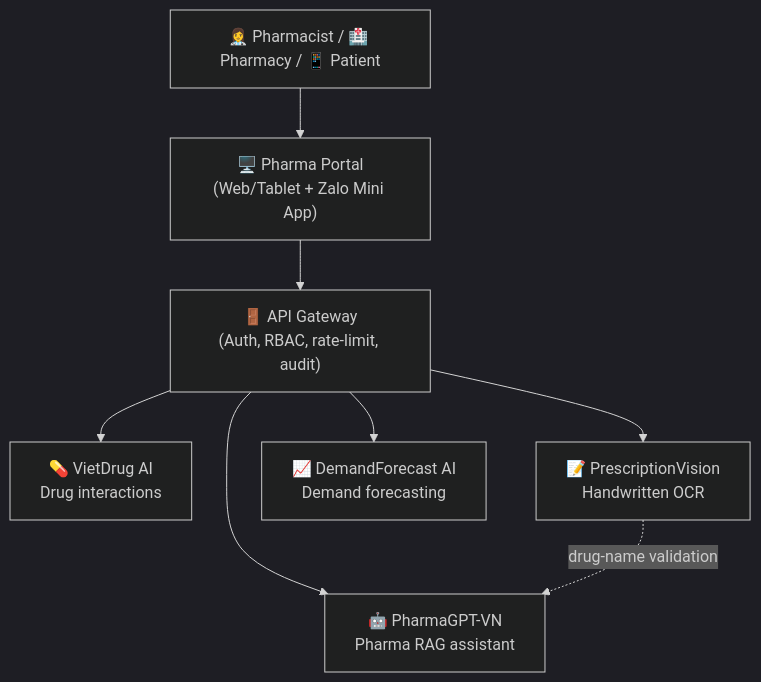
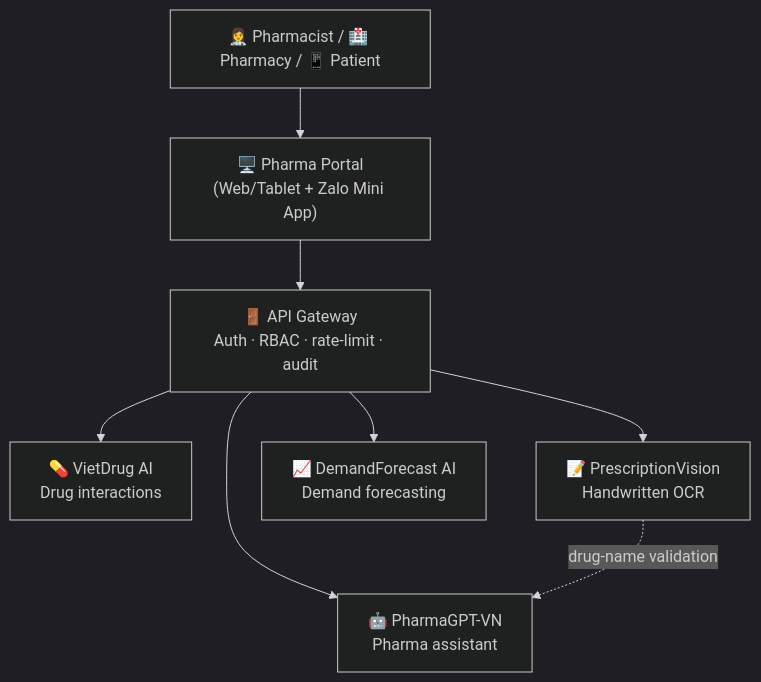
Before and after one commit to AuLac-Grand-Prize/.github: the diagram in profile/README.md, drawn with Mermaid (dark theme). The commit also changed other lines of this file, not shown here.

````diff
--- a/profile/README.md
+++ b/profile/README.md
@@ -33,10 +78,10 @@
 ```mermaid
 flowchart TD
     U["👩‍⚕️ Pharmacist / 🏥 Pharmacy / 📱 Patient"] --> P["🖥️ Pharma Portal<br/>(Web/Tablet + Zalo Mini App)"]
-    P --> G["🚪 API Gateway<br/>(Auth, RBAC, rate-limit, audit)"]
+    P --> G["🚪 API Gateway<br/>Auth · RBAC · rate-limit · audit"]
     G --> E1["💊 VietDrug AI<br/>Drug interactions"]
     G --> E2["📝 PrescriptionVision<br/>Handwritten OCR"]
-    G --> E3["🤖 PharmaGPT-VN<br/>Pharma RAG assistant"]
+    G --> E3["🤖 PharmaGPT-VN<br/>Pharma assistant"]
     G --> E4["📈 DemandForecast AI<br/>Demand forecasting"]
     E2 -. drug-name validation .-> E3
 ```
````
